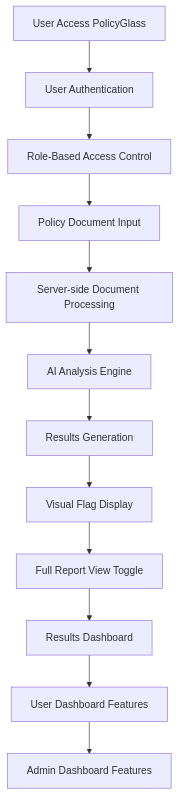
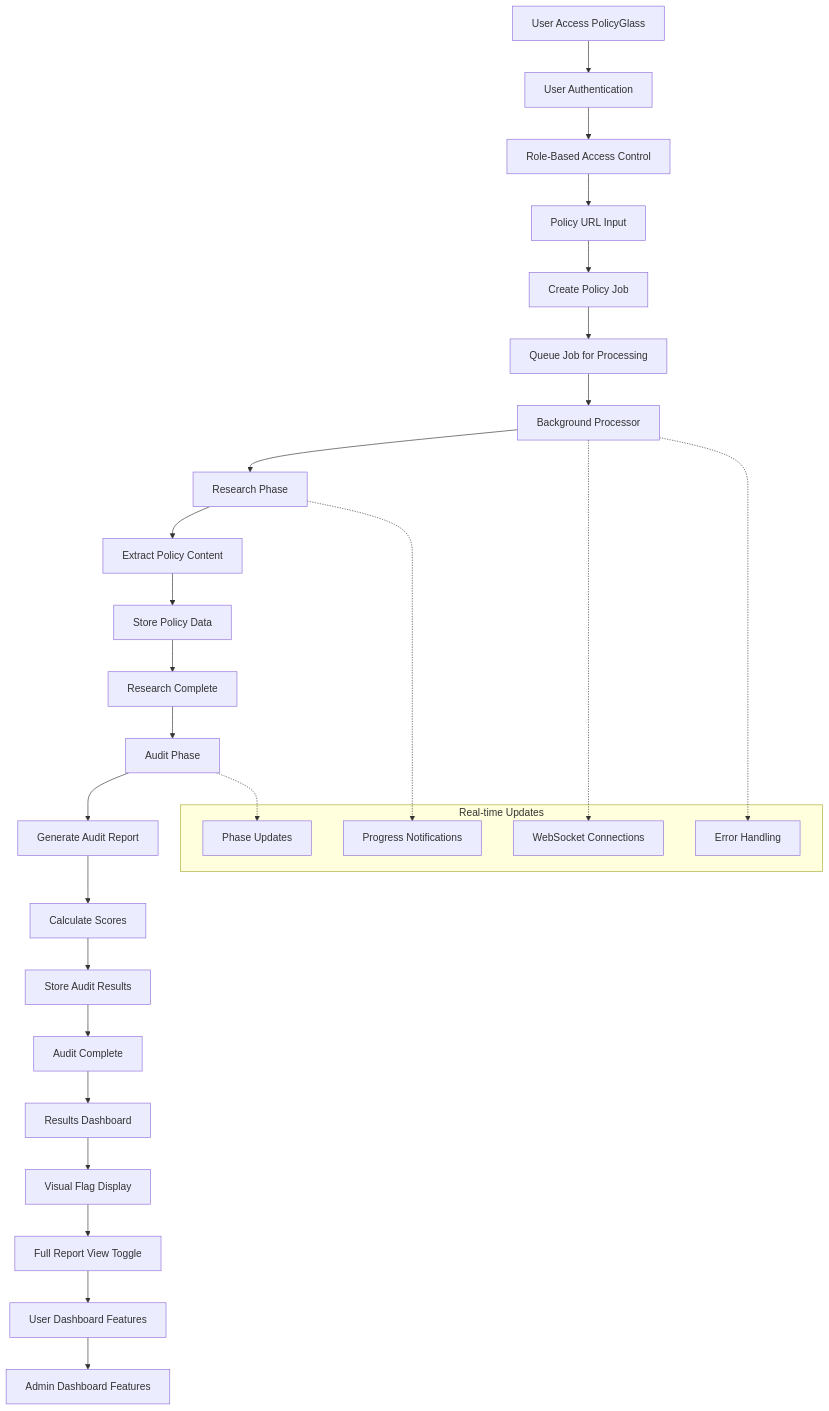
The second of 3 diagrams in cline-docs/systemArchitecture.md (artsmc/hackathon-cerebras), drawn with Mermaid before and after one commit. The commit also changed other lines of this file and 43 other files, not shown here.

First line of the commit message:
feat: Implement Policy Audit and Job Services

````diff
--- a/cline-docs/systemArchitecture.md
+++ b/cline-docs/systemArchitecture.md
@@ -138,14 +165,38 @@
 ```mermaid
 flowchart TD
     A[User Access PolicyGlass] --> B[User Authentication]
     B --> C[Role-Based Access Control]
-    C --> D[Policy Document Input]
-    D --> E[Server-side Document Processing]
-    E --> F[AI Analysis Engine]
-    F --> G[Results Generation]
-    G --> H[Visual Flag Display]
-    H --> I[Full Report View Toggle]
-    I --> J[Results Dashboard]
-    J --> K[User Dashboard Features]
-    K --> L[Admin Dashboard Features]
+    C --> D[Policy URL Input]
+    D --> E[Create Policy Job]
+    E --> F[Queue Job for Processing]
+    F --> G[Background Processor]
+    
+    G --> H[Research Phase]
+    H --> I[Extract Policy Content]
+    I --> J[Store Policy Data]
+    J --> K[Research Complete]
+    
+    K --> L[Audit Phase]
+    L --> M[Generate Audit Report]
+    M --> N[Calculate Scores]
+    N --> O[Store Audit Results]
+    O --> P[Audit Complete]
+    
+    P --> Q[Results Dashboard]
+    Q --> R[Visual Flag Display]
+    R --> S[Full Report View Toggle]
+    S --> T[User Dashboard Features]
+    T --> U[Admin Dashboard Features]
+    
+    subgraph "Real-time Updates"
+        V[WebSocket Connections]
+        W[Progress Notifications]
+        X[Phase Updates]
+        Y[Error Handling]
+    end
+    
+    G -.-> V
+    H -.-> W
+    L -.-> X
+    G -.-> Y
 ```
````
